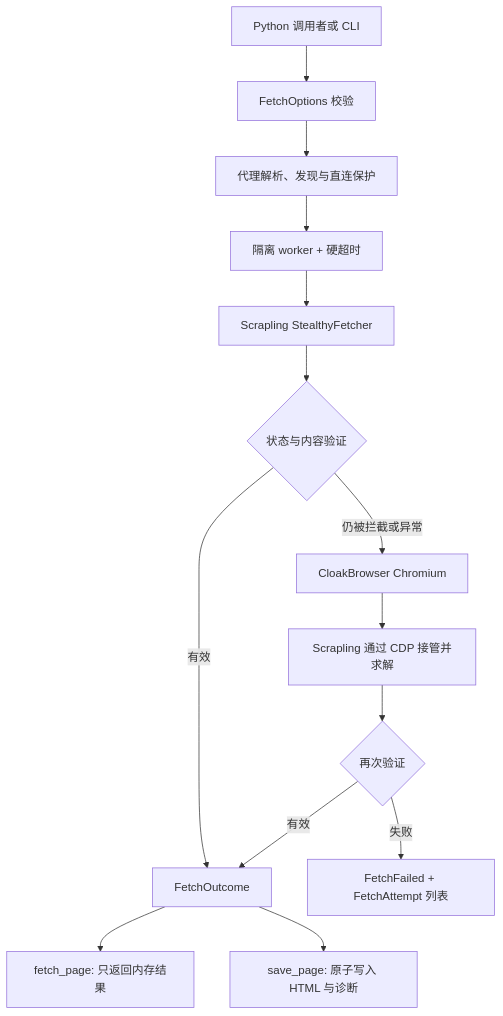
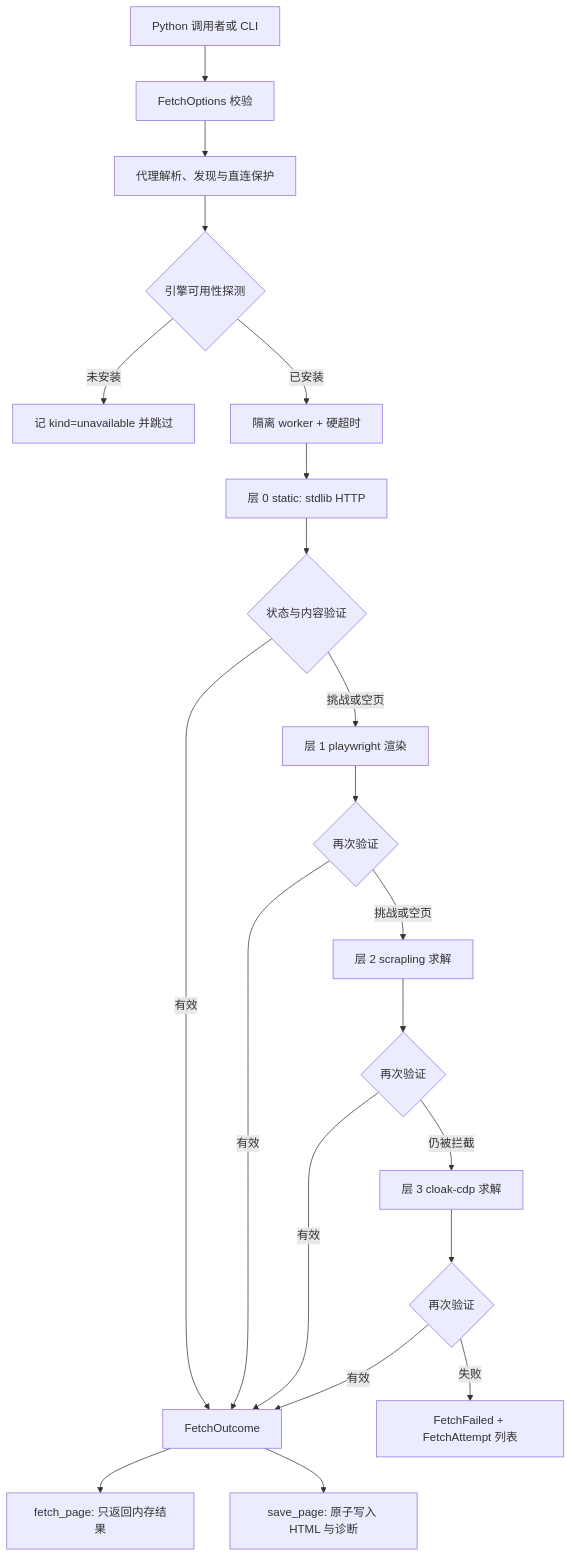
One commit to xuchaoxin1375/skills-for-developer changed the diagram in skills/resilient-browser-fetch/references/module-api.md. Above: the diagram before and after it, drawn with Mermaid. The commit also changed other lines of this file and 18 other files, not shown here.

First line of the commit message:
feat(resilient-browser-fetch): 引擎按能力分层，scrapling 降为可选增强

````diff
--- a/skills/resilient-browser-fetch/references/module-api.md
+++ b/skills/resilient-browser-fetch/references/module-api.md
@@ -24,16 +27,23 @@
 ```mermaid
 flowchart TD
     Caller[Python 调用者或 CLI] --> Options[FetchOptions 校验]
     Options --> Proxy[代理解析、发现与直连保护]
-    Proxy --> Worker[隔离 worker + 硬超时]
-    Worker --> Scrapling[Scrapling StealthyFetcher]
-    Scrapling --> Validate{状态与内容验证}
+    Proxy --> Available{引擎可用性探测}
+    Available -->|未安装| Unavailable[记 kind=unavailable 并跳过]
+    Available -->|已安装| Worker[隔离 worker + 硬超时]
+    Worker --> Static[层 0 static: stdlib HTTP]
+    Static --> Validate{状态与内容验证}
     Validate -->|有效| Outcome[FetchOutcome]
-    Validate -->|仍被拦截或异常| Fallback[CloakBrowser Chromium]
-    Fallback --> CDP[Scrapling 通过 CDP 接管并求解]
-    CDP --> Validate2{再次验证}
+    Validate -->|挑战或空页| Playwright[层 1 playwright 渲染]
+    Playwright --> Validate2{再次验证}
     Validate2 -->|有效| Outcome
-    Validate2 -->|失败| Failed[FetchFailed + FetchAttempt 列表]
+    Validate2 -->|挑战或空页| Scrapling[层 2 scrapling 求解]
+    Scrapling --> Validate3{再次验证}
+    Validate3 -->|有效| Outcome
+    Validate3 -->|仍被拦截| Cloak[层 3 cloak-cdp 求解]
+    Cloak --> Validate4{再次验证}
+    Validate4 -->|有效| Outcome
+    Validate4 -->|失败| Failed[FetchFailed + FetchAttempt 列表]
     Outcome --> Pure[fetch_page: 只返回内存结果]
     Outcome --> Files[save_page: 原子写入 HTML 与诊断]
 ```
````
